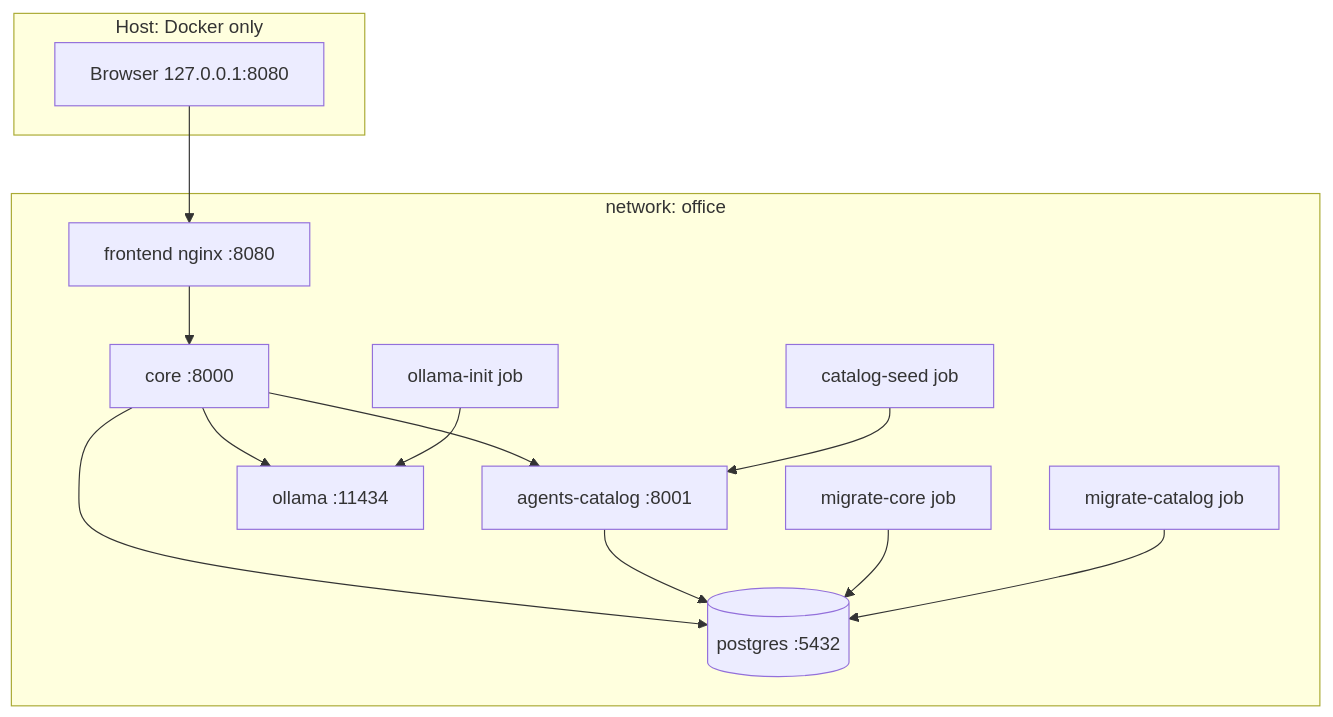
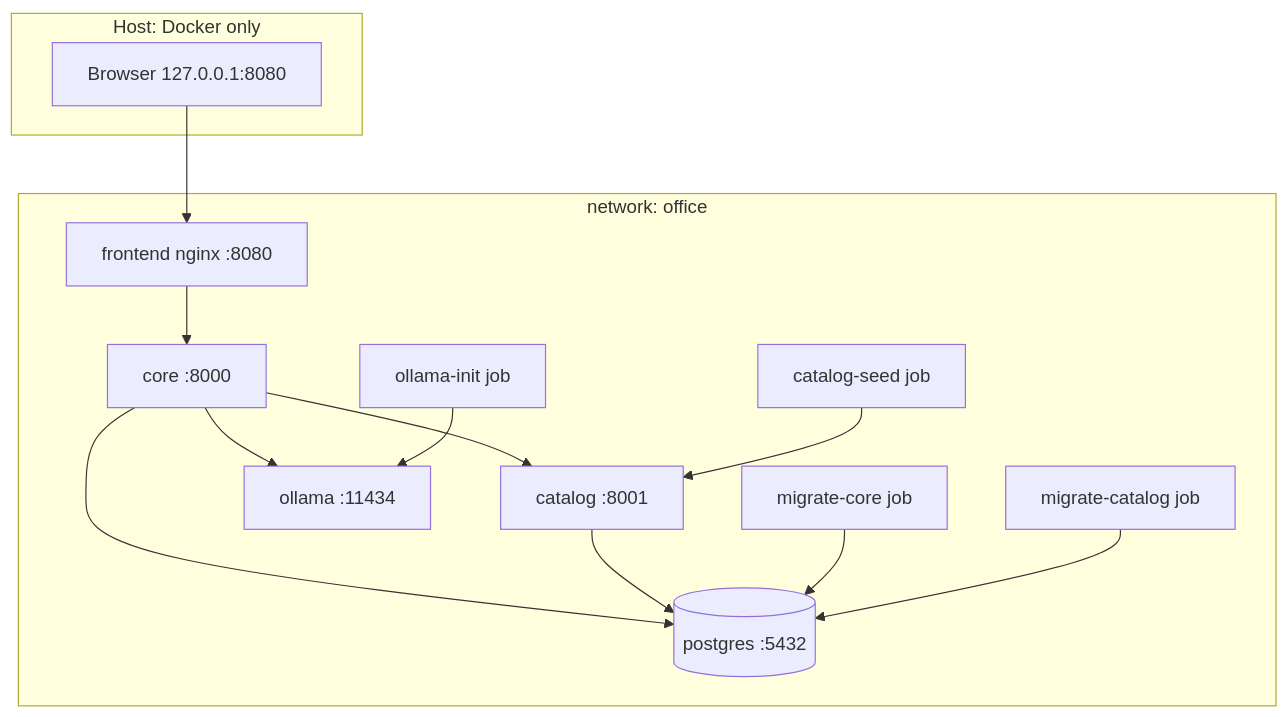
Before and after one commit to massimobiagioli/virtual-office: the second of 22 diagrams in .project/ROADMAP.md, drawn with Mermaid. The commit also changed other lines of this file and 39 other files, not shown here.

First line of the commit message:
refactor(catalog): rename the agents-catalog service to catalog

````diff
--- a/.project/ROADMAP.md
+++ b/.project/ROADMAP.md
@@ -622,26 +622,26 @@
 ```mermaid
 flowchart TB
   subgraph host[Host: Docker only]
     B[Browser 127.0.0.1:8080]
   end
   subgraph office[network: office]
     FE[frontend nginx :8080]
     CORE[core :8000]
-    CAT[agents-catalog :8001]
+    CAT[catalog :8001]
     OLL[ollama :11434]
     PG[(postgres :5432)]
     MC[migrate-core job]
     MCAT[migrate-catalog job]
     SEED[catalog-seed job]
     OI[ollama-init job]
   end
   B --> FE --> CORE
   CORE --> CAT
   CORE --> OLL
   CORE --> PG
   CAT --> PG
   MC --> PG
   MCAT --> PG
   SEED --> CAT
   OI --> OLL
 ```
````
